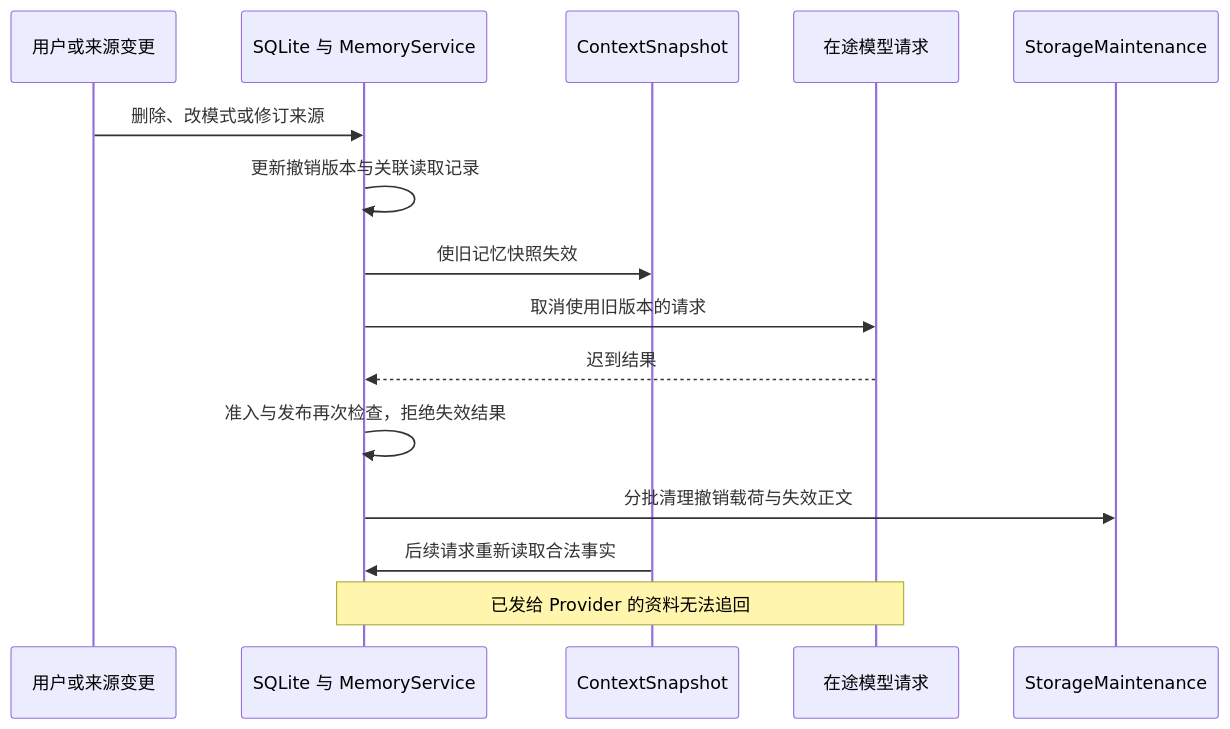
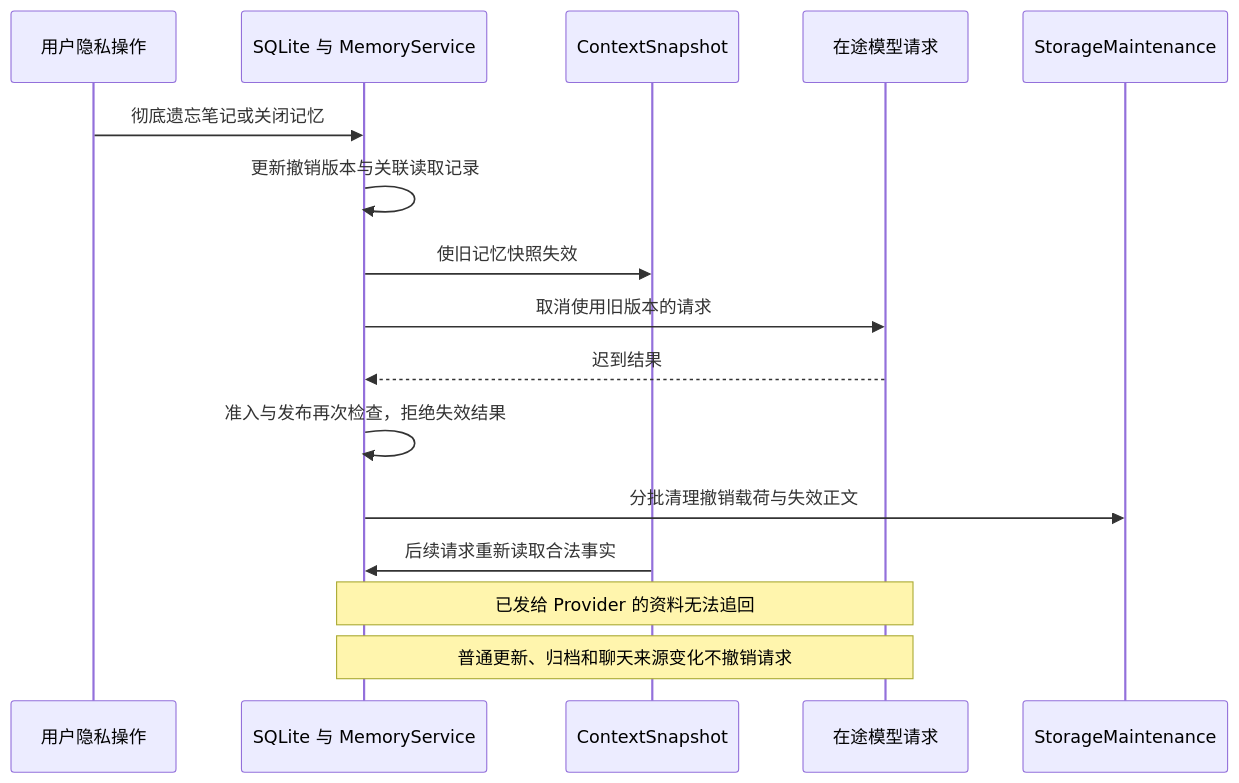
One commit to idy534/Eidos changed the diagram in docs/architecture/diagrams/07-memory-revocation.mmd. Above: the diagram before and after it, drawn with Mermaid. The commit also changed 74 other files, not shown here.

```diff
--- a/docs/architecture/diagrams/07-memory-revocation.mmd
+++ b/docs/architecture/diagrams/07-memory-revocation.mmd
@@ -1,15 +1,16 @@
 sequenceDiagram
-  participant U as 用户或来源变更
+  participant U as 用户隐私操作
   participant D as SQLite 与 MemoryService
   participant C as ContextSnapshot
   participant P as 在途模型请求
   participant M as StorageMaintenance
-  U->>D: 删除、改模式或修订来源
+  U->>D: 彻底遗忘笔记或关闭记忆
   D->>D: 更新撤销版本与关联读取记录
   D->>C: 使旧记忆快照失效
   D->>P: 取消使用旧版本的请求
   P-->>D: 迟到结果
   D->>D: 准入与发布再次检查，拒绝失效结果
   D->>M: 分批清理撤销载荷与失效正文
   C->>D: 后续请求重新读取合法事实
   Note over D,P: 已发给 Provider 的资料无法追回
+  Note over D,P: 普通更新、归档和聊天来源变化不撤销请求
```
